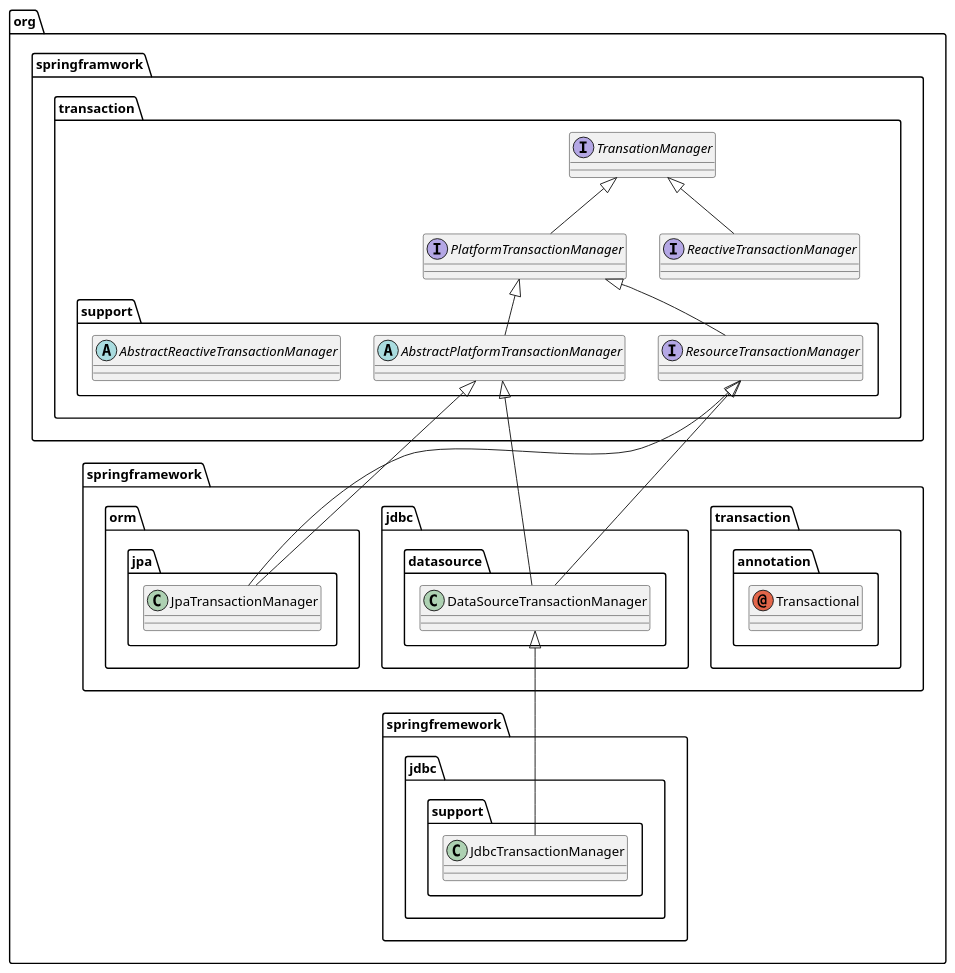
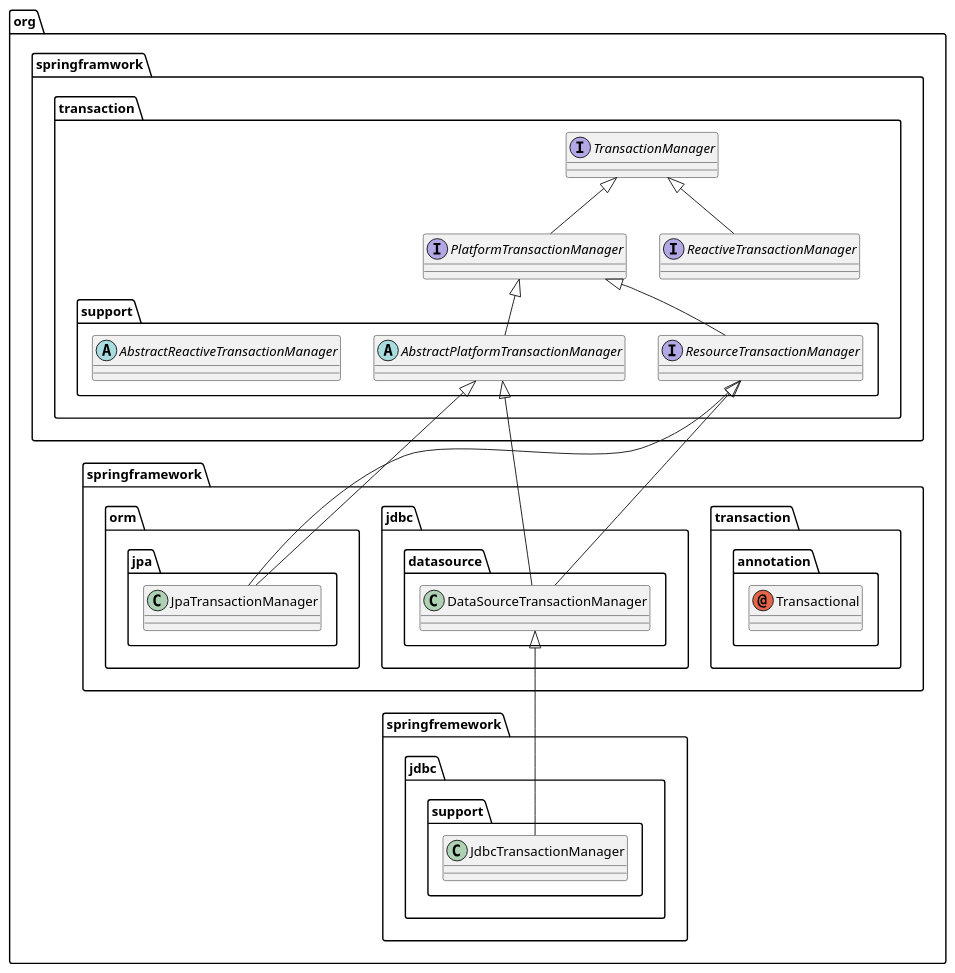
Before and after one commit to wicksome/TIL: the diagram in spring-framework/transaction.adoc, drawn with PlantUML. The commit also changed other lines of this file and 1 other file, not shown here.

Commit message:
Add transaction isolation

```diff
--- a/spring-framework/transaction.adoc
+++ b/spring-framework/transaction.adoc
@@ -3,49 +3,49 @@
 [plantuml]
 ....
 @startuml
 skinparam defaultFontName "NanumGothic"
 
 package org.springframwork.transaction {
-  interface TransationManager
+  interface TransactionManager
   interface PlatformTransactionManager
   interface ReactiveTransactionManager
   
   package org.springframwork.transaction.support {
     interface ResourceTransactionManager
     abstract class AbstractPlatformTransactionManager
     abstract class AbstractReactiveTransactionManager
   }
   
   package org.springframework.transaction.annotation {
     annotation Transactional
   }
 
-  TransationManager <|-- PlatformTransactionManager
-  TransationManager <|-- ReactiveTransactionManager
+  TransactionManager <|-- PlatformTransactionManager
+  TransactionManager <|-- ReactiveTransactionManager
   PlatformTransactionManager <|-- ResourceTransactionManager
   PlatformTransactionManager <|-- AbstractPlatformTransactionManager
 }
 
 package org.springframework.jdbc {
   package org.springframework.jdbc.datasource {
     class DataSourceTransactionManager
   }
 
   package org.springfremework.jdbc.support {
     class JdbcTransactionManager 
   }
 }
 
 package org.springframework.orm.jpa {
   class JpaTransactionManager
 }
 
 AbstractPlatformTransactionManager <|-- DataSourceTransactionManager
 ResourceTransactionManager <|-- DataSourceTransactionManager
 DataSourceTransactionManager <|-- JdbcTransactionManager 
 
 AbstractPlatformTransactionManager <|-- JpaTransactionManager
 ResourceTransactionManager <|-- JpaTransactionManager
 
 @enduml
 ....
```
